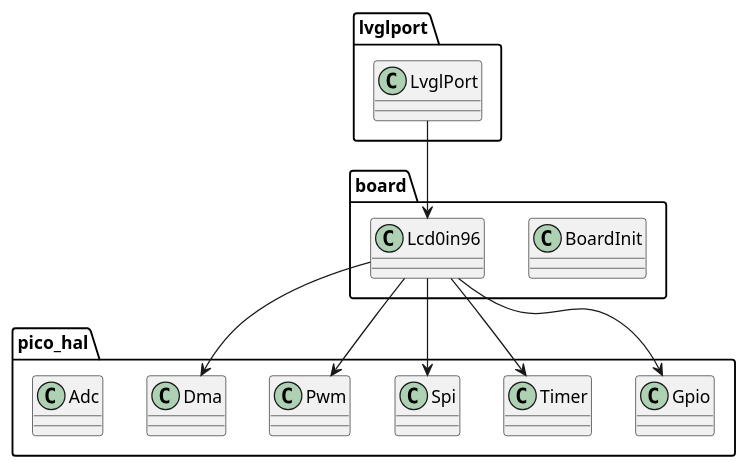
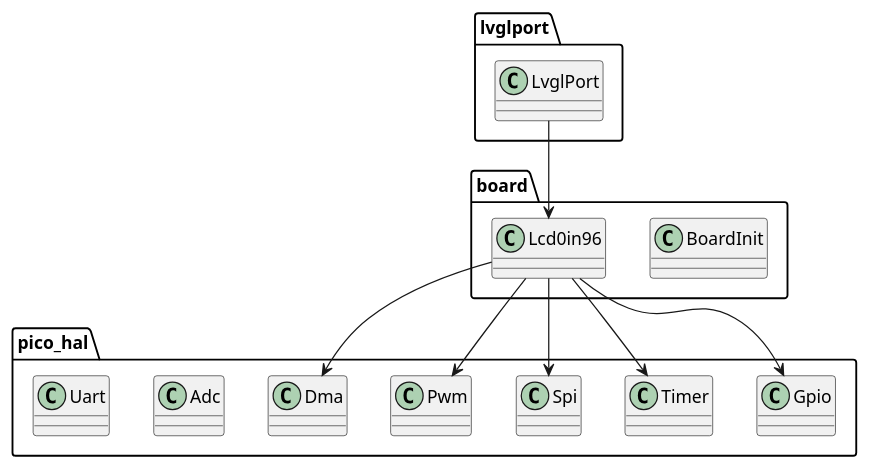
Before and after one commit to takutek/RP2_LCD0in96_LVGLBase: the diagram in doc/Libraries.pu, drawn with PlantUML. The commit also changed 31 other files, not shown here.

```diff
--- a/doc/Libraries.pu
+++ b/doc/Libraries.pu
@@ -1,27 +1,28 @@
 @startuml Libraries
 package "pico_hal" {
   class Gpio
   class Timer
   class Spi
   class Pwm
   class Dma
   class Adc
+  class Uart
 }
 
 package "board" {
   class BoardInit
   class Lcd0in96
 }
 
 package "lvglport" {
   class LvglPort
 }
 
 Lcd0in96 --> Gpio
 Lcd0in96 --> Timer
 Lcd0in96 --> Spi
 Lcd0in96 --> Pwm
 Lcd0in96 --> Dma
 
 LvglPort --> Lcd0in96
 @enduml
```
